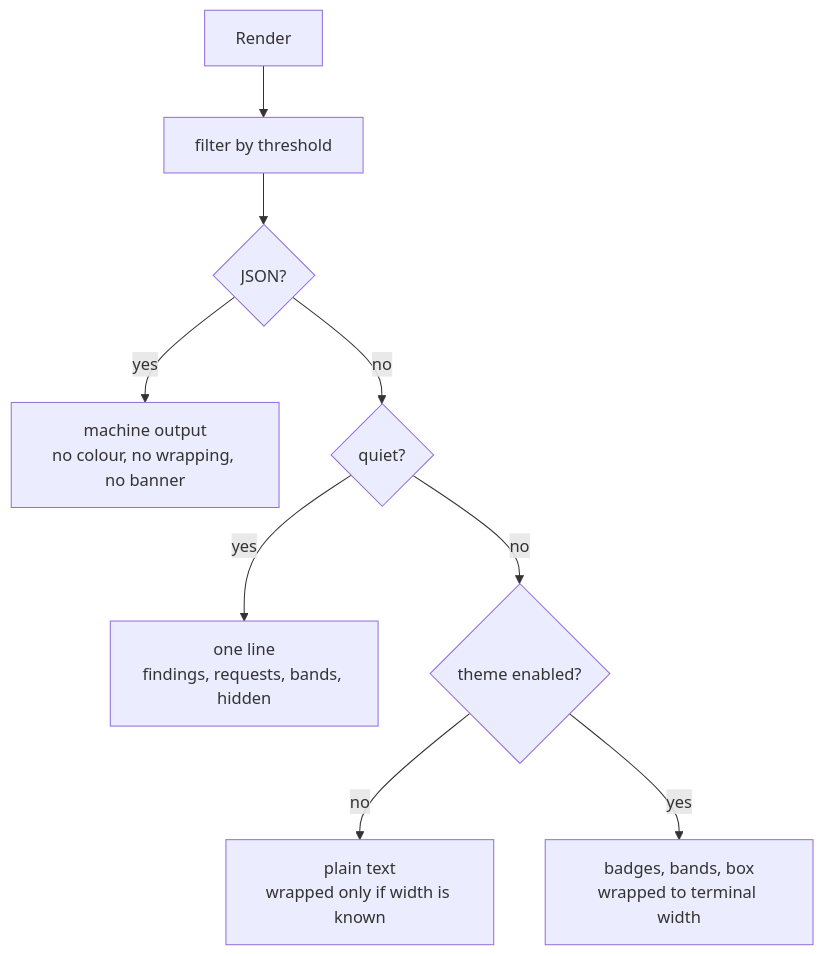
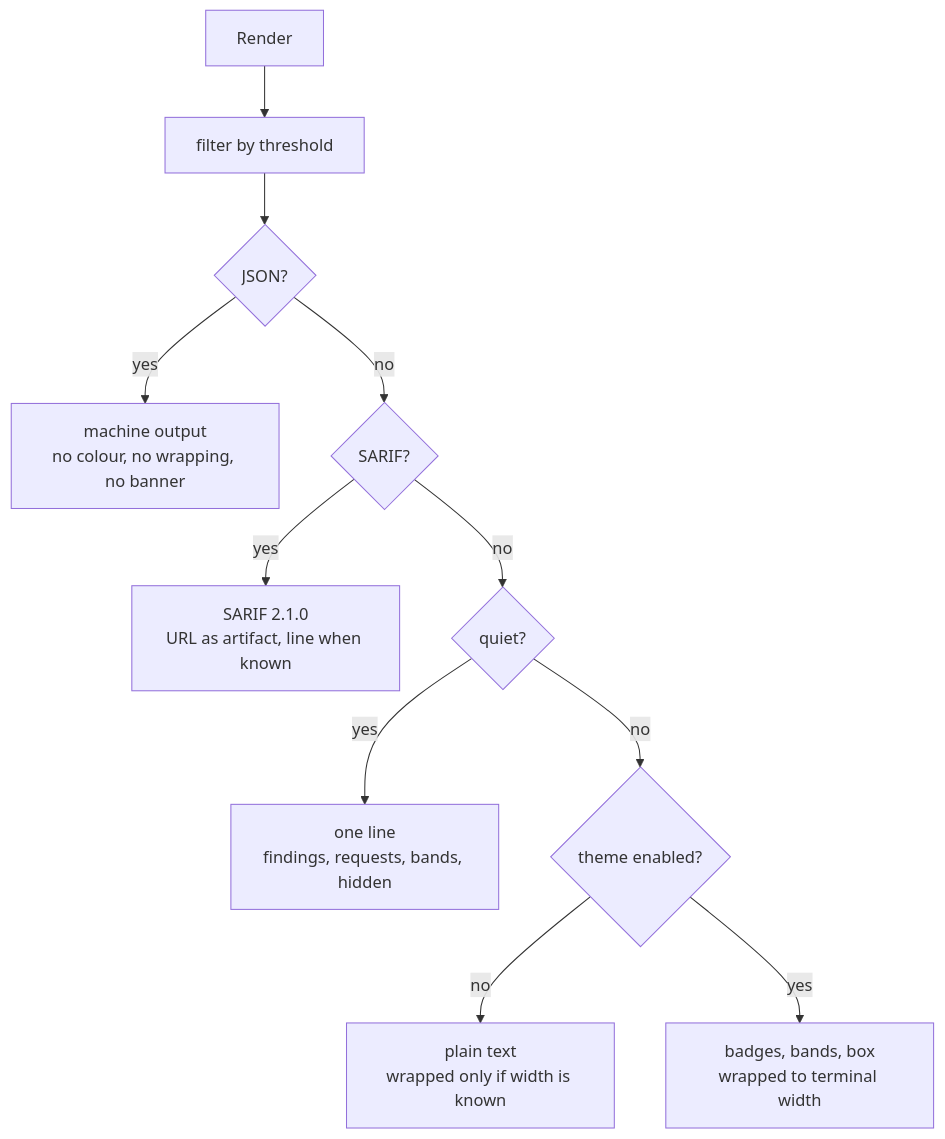
One commit to soliofski/SoliTools changed the seventh of 7 diagrams in HANDOVER.md. Above: the diagram before and after it, drawn with Mermaid. The commit also changed other lines of this file and 6 other files, not shown here.

````diff
--- a/HANDOVER.md
+++ b/HANDOVER.md
@@ -590,11 +591,13 @@
 ```mermaid
 flowchart TD
     R["Render"] --> F["filter by threshold"]
     F --> J{"JSON?"}
     J -->|"yes"| JSON["machine output<br/>no colour, no wrapping, no banner"]
-    J -->|"no"| Q{"quiet?"}
+    J -->|"no"| S{"SARIF?"}
+    S -->|"yes"| LOG["SARIF 2.1.0<br/>URL as artifact, line when known"]
+    S -->|"no"| Q{"quiet?"}
     Q -->|"yes"| ONE["one line<br/>findings, requests, bands, hidden"]
     Q -->|"no"| T{"theme enabled?"}
     T -->|"no"| PLAIN["plain text<br/>wrapped only if width is known"]
     T -->|"yes"| RICH["badges, bands, box<br/>wrapped to terminal width"]
 ```
````
